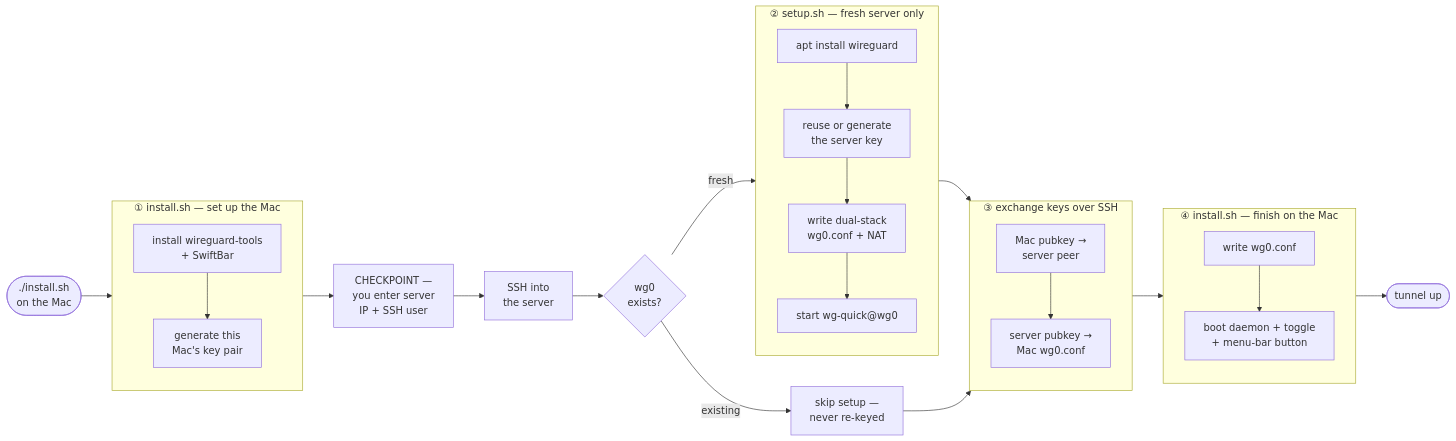
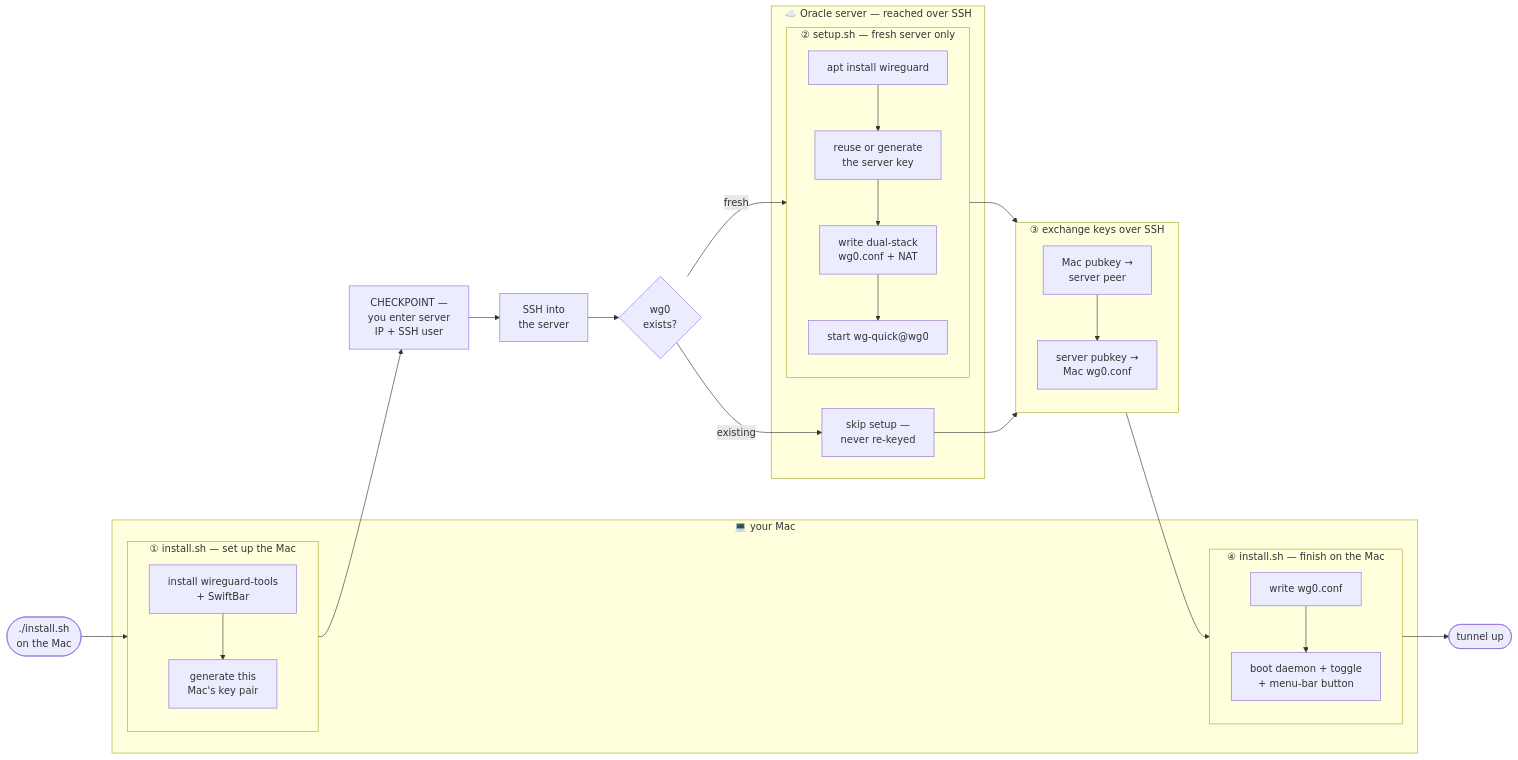
Before and after one commit to codereyinish/ColdVPN: the diagram in README.md, drawn with Mermaid. The commit also changed 2 other files, not shown here.

Commit message:
Diagrams: Mac/Oracle boundary on the flow; add packet-journey (ARCHITECTURE) and Oracle-network (CREATE-VM) mermaid diagrams

````diff
--- a/README.md
+++ b/README.md
@@ -65,35 +65,39 @@
 ```mermaid
 flowchart LR
     Start(["./install.sh<br/>on the Mac"]) --> S1
     S1 --> CP["CHECKPOINT —<br/>you enter server<br/>IP + SSH user"]
     CP --> SSH["SSH into<br/>the server"]
     SSH --> Q{"wg0<br/>exists?"}
     Q -->|"fresh"| S2
     Q -->|"existing"| SKIP["skip setup —<br/>never re-keyed"]
     S2 --> S3
     SKIP --> S3
     S3 --> S4
     S4 --> Done(["tunnel up"])
 
-    subgraph S1["① install.sh — set up the Mac"]
-        direction TB
-        a1["install wireguard-tools<br/>+ SwiftBar"] --> a2["generate this<br/>Mac's key pair"]
+    subgraph MAC["💻 your Mac"]
+        subgraph S1["① install.sh — set up the Mac"]
+            direction TB
+            a1["install wireguard-tools<br/>+ SwiftBar"] --> a2["generate this<br/>Mac's key pair"]
+        end
+        subgraph S4["④ install.sh — finish on the Mac"]
+            direction TB
+            d1["write wg0.conf"] --> d2["boot daemon + toggle<br/>+ menu-bar button"]
+        end
     end
 
-    subgraph S2["② setup.sh — fresh server only"]
-        direction TB
-        b1["apt install wireguard"] --> b2["reuse or generate<br/>the server key"]
-        b2 --> b3["write dual-stack<br/>wg0.conf + NAT"]
-        b3 --> b4["start wg-quick@wg0"]
+    subgraph ORACLE["☁️ Oracle server — reached over SSH"]
+        subgraph S2["② setup.sh — fresh server only"]
+            direction TB
+            b1["apt install wireguard"] --> b2["reuse or generate<br/>the server key"]
+            b2 --> b3["write dual-stack<br/>wg0.conf + NAT"]
+            b3 --> b4["start wg-quick@wg0"]
+        end
+        SKIP
     end
 
     subgraph S3["③ exchange keys over SSH"]
         direction TB
         c1["Mac pubkey →<br/>server peer"] --> c2["server pubkey →<br/>Mac wg0.conf"]
     end
-
-    subgraph S4["④ install.sh — finish on the Mac"]
-        direction TB
-        d1["write wg0.conf"] --> d2["boot daemon + toggle<br/>+ menu-bar button"]
-    end
 ```
````
